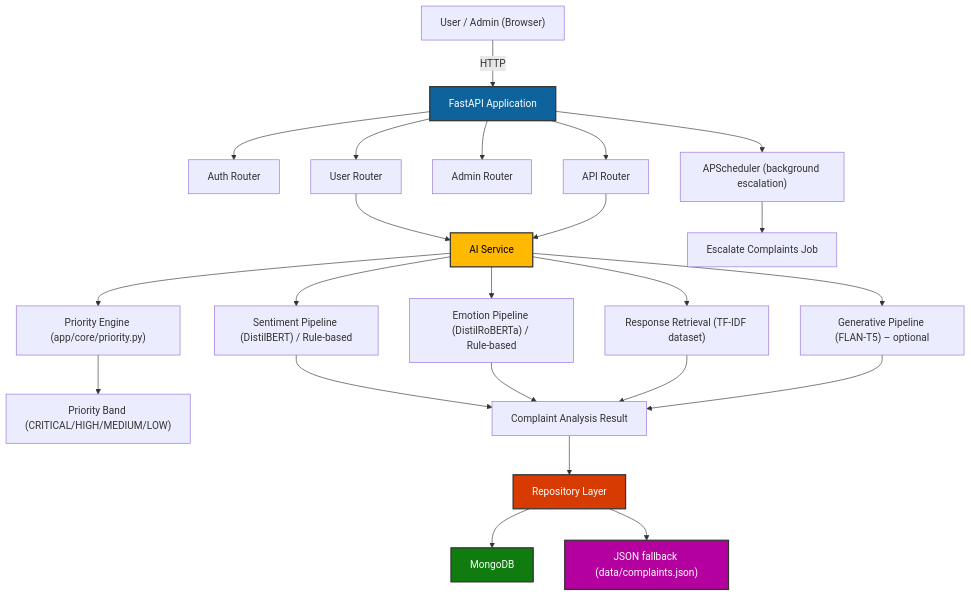
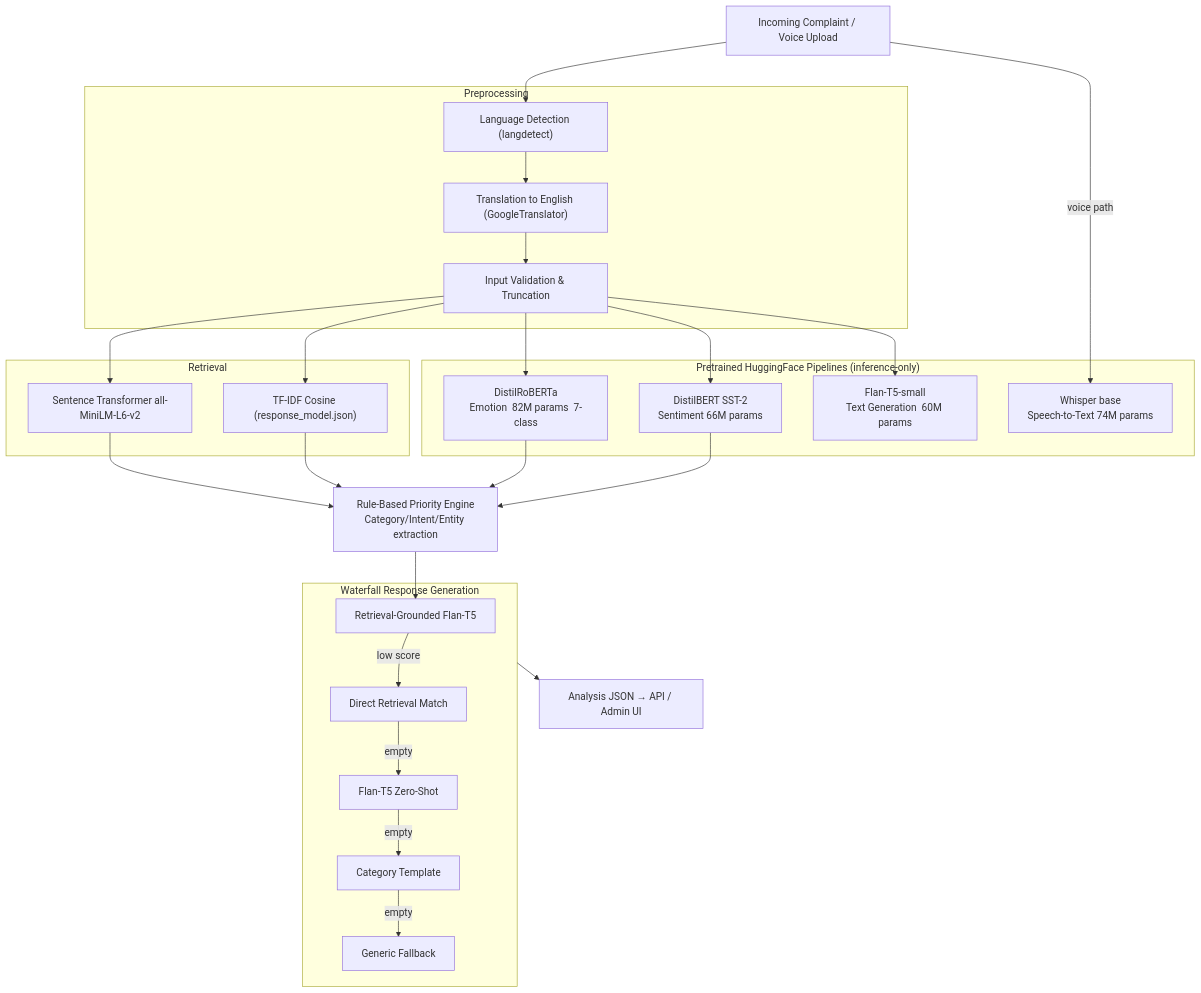
Before and after one commit to Lohith-07-coder/Sentrimail: the first of 2 diagrams in README.md, drawn with Mermaid. The commit also changed other lines of this file and 4 other files, not shown here.

````diff
--- a/README.md
+++ b/README.md
@@ -68,26 +140,45 @@
 ```mermaid
 flowchart TD
-    A["User / Admin (Browser)"] -->|HTTP| B["FastAPI Application"]
-    B --> C["Auth Router"]
-    B --> D["User Router"]
-    B --> E["Admin Router"]
-    B --> F["API Router"]
-    D & F --> G["AI Service"]
-    G --> H["Sentiment Pipeline (DistilBERT) / Rule‑based"]
-    G --> I["Emotion Pipeline (DistilRoBERTa) / Rule‑based"]
-    G --> J["Generative Pipeline (FLAN‑T5) – optional"]
-    G --> K["Response Retrieval (TF‑IDF dataset)"]
-    G --> L["Priority Engine (app/core/priority.py)"]
-    L --> M["Priority Band (CRITICAL/HIGH/MEDIUM/LOW)"]
-    H & I & K & J --> N["Complaint Analysis Result"]
-    N --> O["Repository Layer"]
-    O --> P["MongoDB"]
-    O --> Q["JSON fallback (data/complaints.json)"]
-    B --> R["APScheduler (background escalation)"]
-    R --> S["Escalate Complaints Job"]
-    style B fill:#0e639c,stroke:#333,stroke-width:2px,color:#fff
-    style G fill:#ffb900,stroke:#333,stroke-width:2px,color:#000
-    style O fill:#d83b01,stroke:#333,stroke-width:2px,color:#fff
-    style P fill:#107c10,stroke:#333,stroke-width:2px,color:#fff
-    style Q fill:#b4009e,stroke:#333,stroke-width:2px,color:#fff
+    A["Incoming Complaint / Voice Upload"]
+
+    subgraph PRE ["Preprocessing"]
+        B1["Language Detection (langdetect)"]
+        B2["Translation to English (GoogleTranslator)"]
+        B3["Input Validation & Truncation"]
+    end
+
+    A --> B1 --> B2 --> B3
+
+    subgraph MODELS ["Pretrained HuggingFace Pipelines (inference-only)"]
+        C1["DistilBERT SST-2\nSentiment  66M params"]
+        C2["DistilRoBERTa\nEmotion  82M params  7-class"]
+        C3["Flan-T5-small\nText Generation  60M params"]
+        C4["Whisper base\nSpeech-to-Text  74M params"]
+    end
+
+    B3 --> C1 & C2 & C3
+    A -->|voice path| C4
+
+    subgraph RETRIEVE ["Retrieval"]
+        D1["TF-IDF Cosine (response_model.json)"]
+        D2["Sentence Transformer all-MiniLM-L6-v2"]
+    end
+
+    B3 --> D1 & D2
+
+    E["Rule-Based Priority Engine\nCategory/Intent/Entity extraction"]
+    C1 & C2 & D1 & D2 --> E
+
+    subgraph RESP ["Waterfall Response Generation"]
+        F1["Retrieval-Grounded Flan-T5"]
+        F2["Direct Retrieval Match"]
+        F3["Flan-T5 Zero-Shot"]
+        F4["Category Template"]
+        F5["Generic Fallback"]
+    end
+
+    E --> F1 -->|low score| F2 -->|empty| F3 -->|empty| F4 -->|empty| F5
+
+    G["Analysis JSON → API / Admin UI"]
+    RESP --> G
 ```
````
